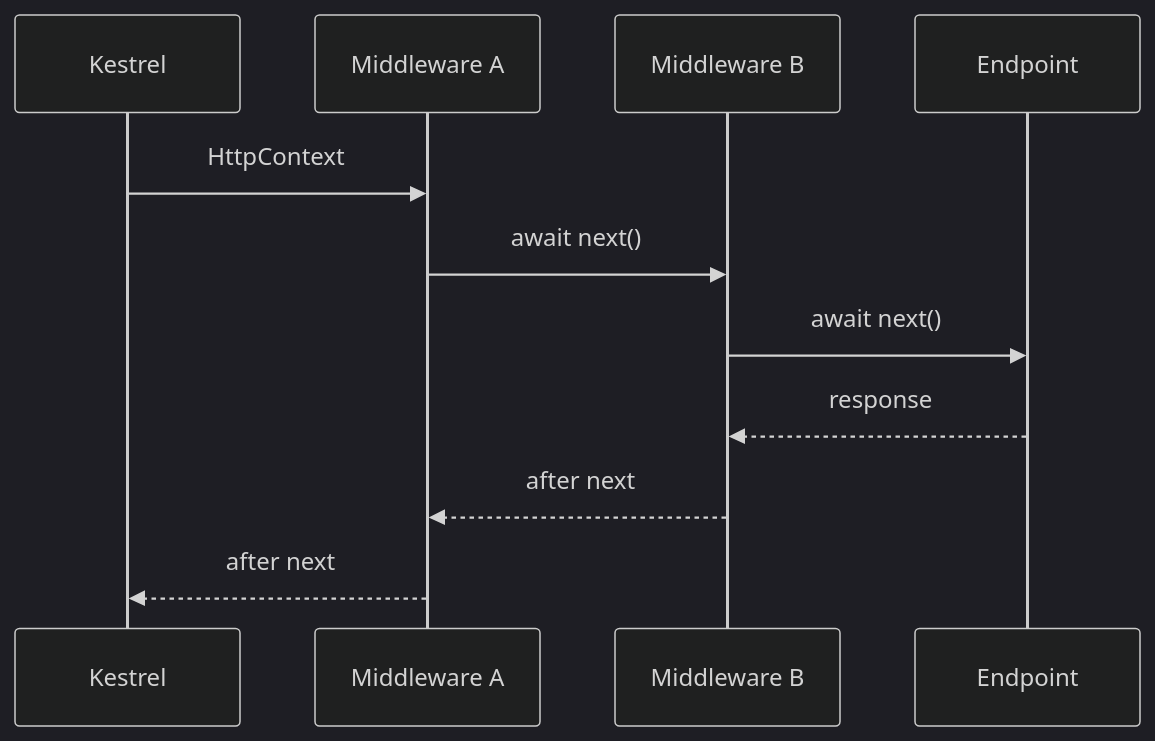
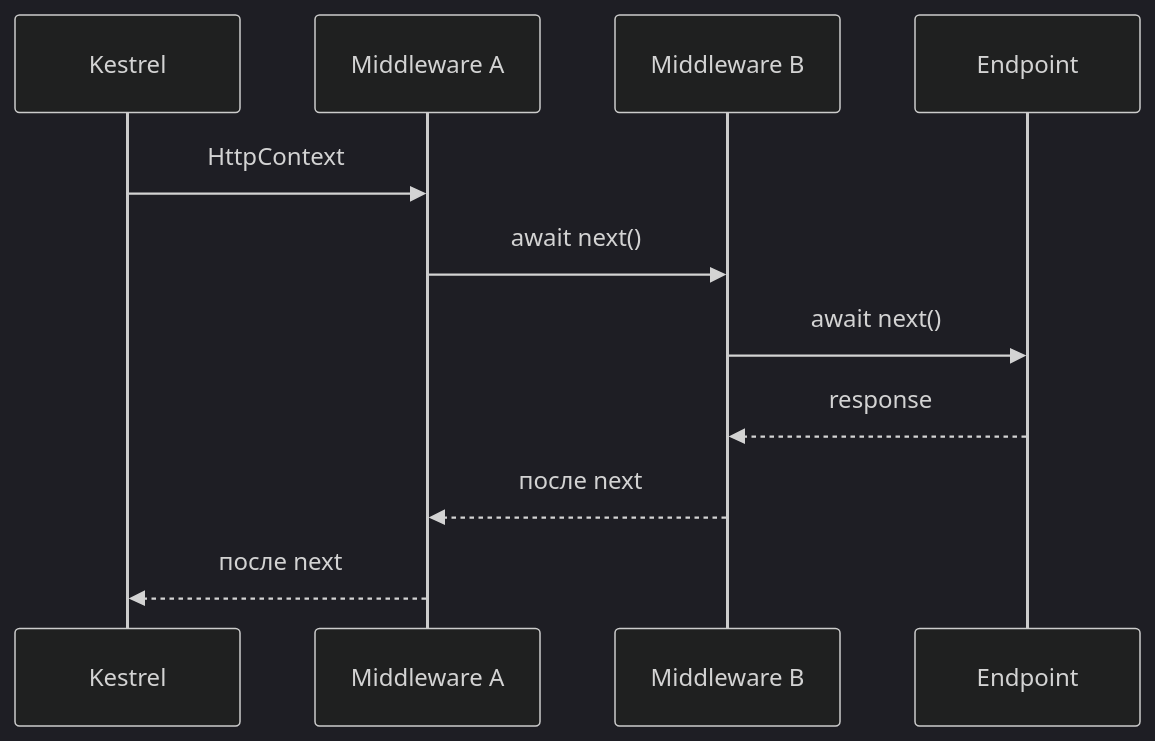
The diagram in 02_ASPNET_Core_Request_Pipeline/03_Middleware_Pipeline.md (EugenTovarchi/Backend-Engineer-Handbook), drawn with Mermaid (dark theme) before and after one commit. The commit also changed other lines of this file and 10 other files, not shown here.

````diff
--- a/02_ASPNET_Core_Request_Pipeline/03_Middleware_Pipeline.md
+++ b/02_ASPNET_Core_Request_Pipeline/03_Middleware_Pipeline.md
@@ -246,14 +249,14 @@
 ```mermaid
 sequenceDiagram
     participant K as Kestrel
     participant M1 as Middleware A
     participant M2 as Middleware B
     participant E as Endpoint
 
     K->>M1: HttpContext
     M1->>M2: await next()
     M2->>E: await next()
     E-->>M2: response
-    M2-->>M1: after next
-    M1-->>K: after next
+    M2-->>M1: после next
+    M1-->>K: после next
 ```
````
